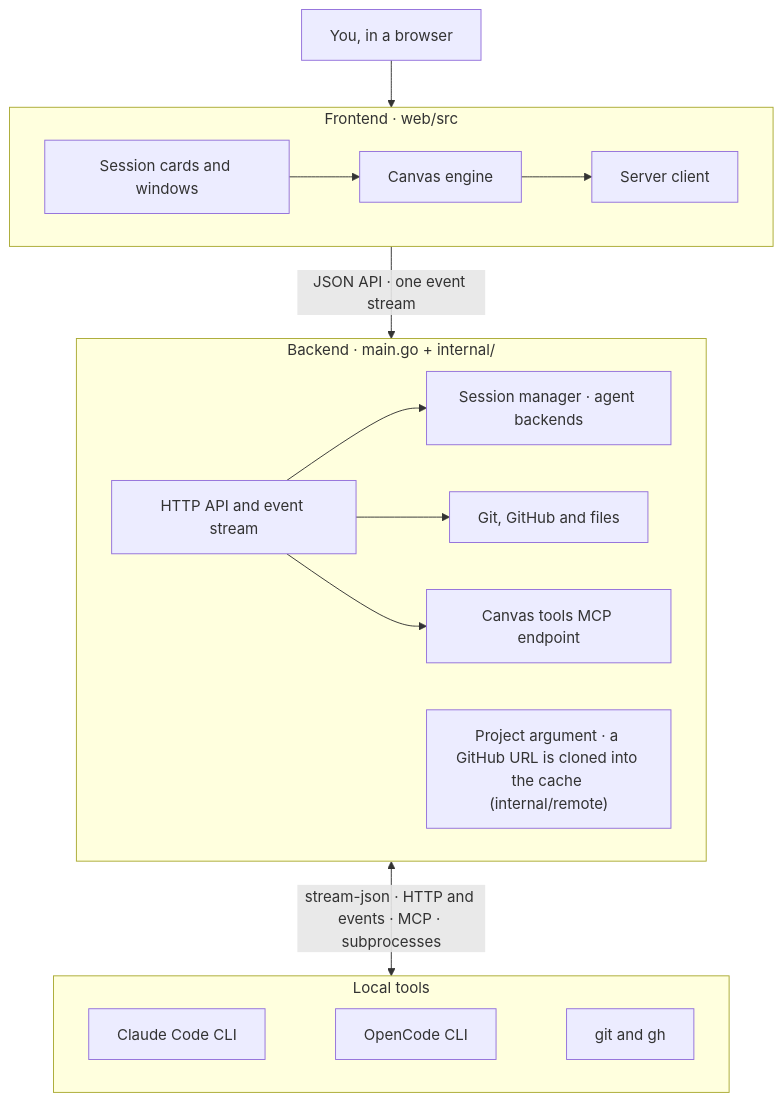
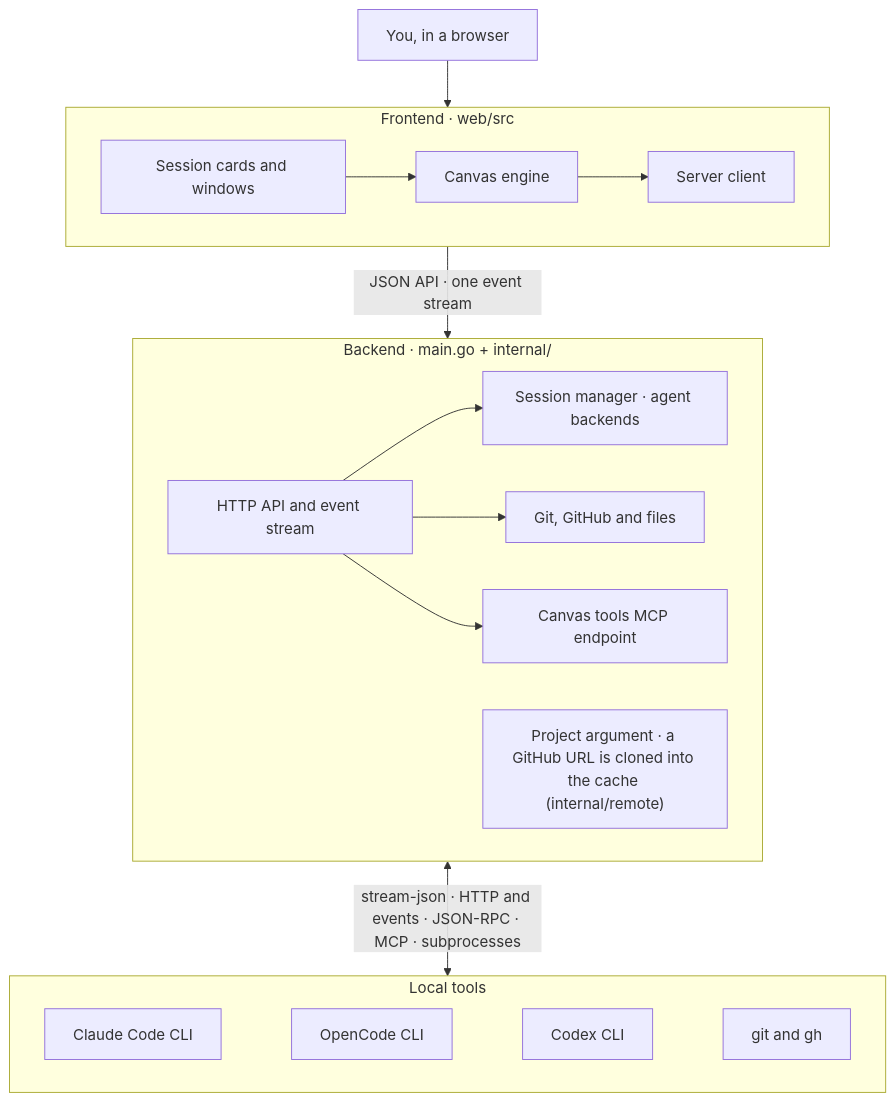
One commit to AK-Lmn/drawa changed the second of 2 diagrams in CONTRIBUTING.md. Above: the diagram before and after it, drawn with Mermaid. The commit also changed 49 other files, not shown here.

First line of the commit message:
Add Codex CLI as an agent backend (#50)

````diff
--- a/CONTRIBUTING.md
+++ b/CONTRIBUTING.md
@@ -121,26 +121,26 @@
 ```mermaid
 flowchart TB
   user["You, in a browser"]
 
   subgraph web["Frontend · web/src"]
     direction LR
     ui["Session cards and windows"] --> engine["Canvas engine"] --> client["Server client"]
   end
 
   subgraph go["Backend · main.go + internal/"]
     direction LR
     api["HTTP API and event stream"] --> procs["Session manager · agent backends"]
     api --> repo["Git, GitHub and files"]
     api --> mcp["Canvas tools MCP endpoint"]
     cli["Project argument · a GitHub URL is cloned into the cache (internal/remote)"]
   end
 
   subgraph tools["Local tools"]
     direction LR
-    claude["Claude Code CLI"] ~~~ oc["OpenCode CLI"] ~~~ gitgh["git and gh"]
+    claude["Claude Code CLI"] ~~~ oc["OpenCode CLI"] ~~~ cx["Codex CLI"] ~~~ gitgh["git and gh"]
   end
 
   user --> web
   web -- "JSON API · one event stream" --> go
-  go <-- "stream-json · HTTP and events · MCP · subprocesses" --> tools
+  go <-- "stream-json · HTTP and events · JSON-RPC · MCP · subprocesses" --> tools
 ```
````
